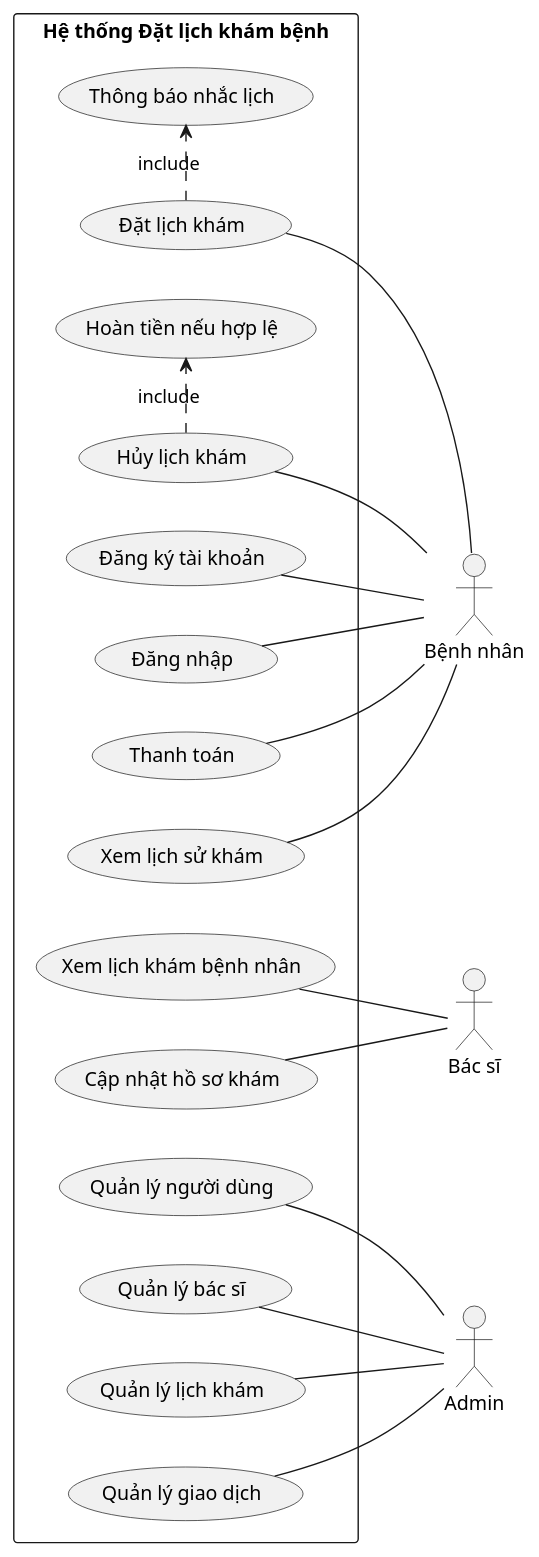
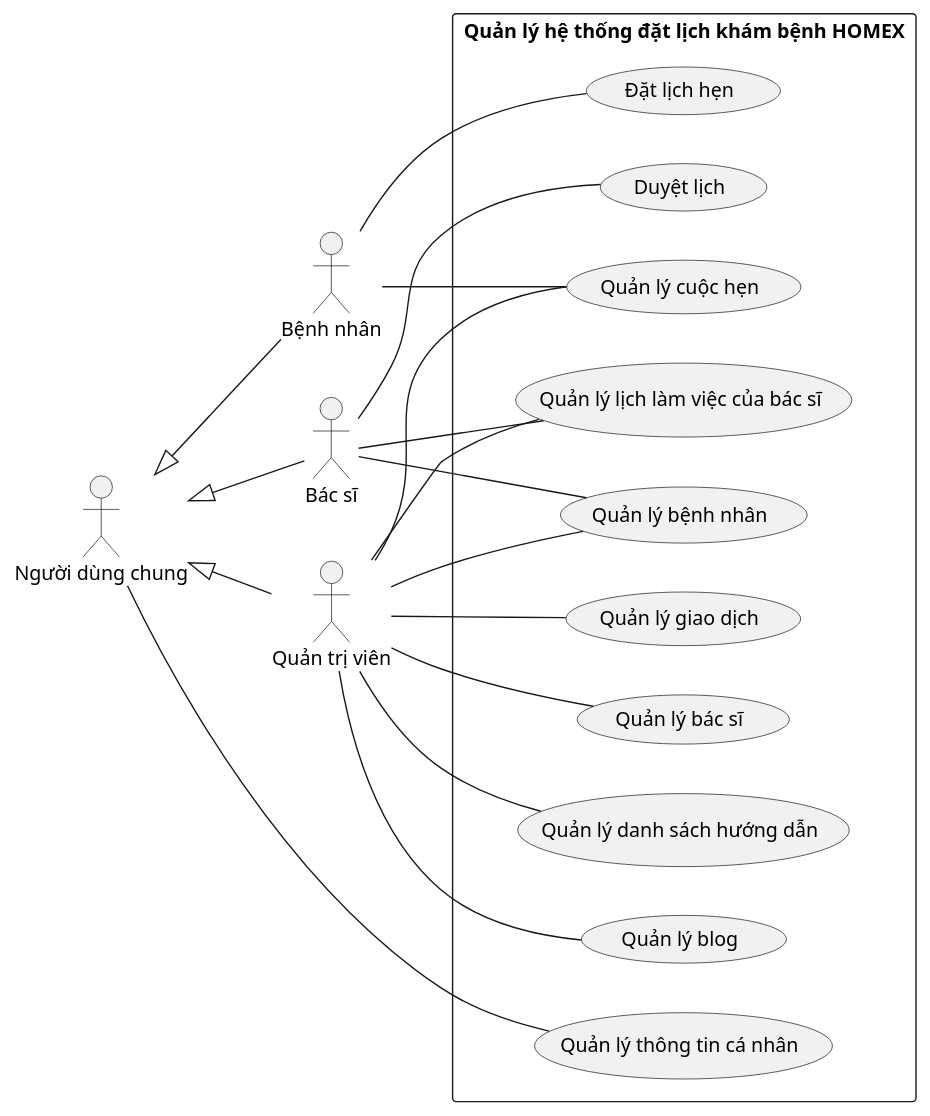
One commit to KhoaSinno/figma_HOMEX changed the diagram in Diagram_PlantUML/UsecaseDia/UsecaseDiagram.puml. Above: the diagram before and after it, drawn with PlantUML.

Commit message:
Update UseCase HOMEX by Nguyen

```diff
--- a/Diagram_PlantUML/UsecaseDia/UsecaseDiagram.puml
+++ b/Diagram_PlantUML/UsecaseDia/UsecaseDiagram.puml
@@ -1,27 +1,45 @@
-@startuml
+@startuml HOMEX
+
 left to right direction
 
+actor "Người dùng chung" as User
 actor "Bệnh nhân" as Patient
 actor "Bác sĩ" as Doctor
-actor "Admin" as Admin
+actor "Quản trị viên" as Admin
 
-rectangle "Hệ thống Đặt lịch khám bệnh" {
-    (Đăng ký tài khoản) -- Patient
-    (Đăng nhập) -- Patient
-    (Đặt lịch khám) -- Patient
-    (Hủy lịch khám) -- Patient
-    (Thanh toán) -- Patient
-    (Xem lịch sử khám) -- Patient
+rectangle "Quản lý hệ thống đặt lịch khám bệnh HOMEX" {
+    usecase "Quản lý thông tin cá nhân" as info_management
+    usecase "Quản lý bác sĩ" as doctor_management
+    usecase "Quản lý bệnh nhân" as patient_management
+    usecase "Quản lý blog" as blog_management
+    usecase "Quản lý lịch làm việc của bác sĩ" as workSchedule_management
+    usecase "Quản lý cuộc hẹn" as appointment_management
+    usecase "Đặt lịch hẹn" as appointment_book
+    usecase "Duyệt lịch" as approve
+    usecase "Quản lý giao dịch" as transaction_management
+    usecase "Quản lý danh sách hướng dẫn" as instrument_management
     
-    (Đặt lịch khám) .> (Thông báo nhắc lịch) : include
-    (Hủy lịch khám) .> (Hoàn tiền nếu hợp lệ) : include
+}
 
-    (Xem lịch khám bệnh nhân) -- Doctor
-    (Cập nhật hồ sơ khám) -- Doctor
-    
-    (Quản lý người dùng) -- Admin
-    (Quản lý bác sĩ) -- Admin
-    (Quản lý lịch khám) -- Admin
-    (Quản lý giao dịch) -- Admin
-}
+Admin -- doctor_management
+Admin -- patient_management
+Admin -- workSchedule_management
+Admin -- blog_management
+Admin -- appointment_management
+Admin -- transaction_management
+Admin -- instrument_management
+
+User -- info_management
+
+Patient -- appointment_book
+Patient -- appointment_management
+
+Doctor -- approve
+Doctor -- workSchedule_management
+Doctor -- patient_management
+
+User <|-- Patient
+User <|-- Doctor
+User <|-- Admin
+
 @enduml
```
